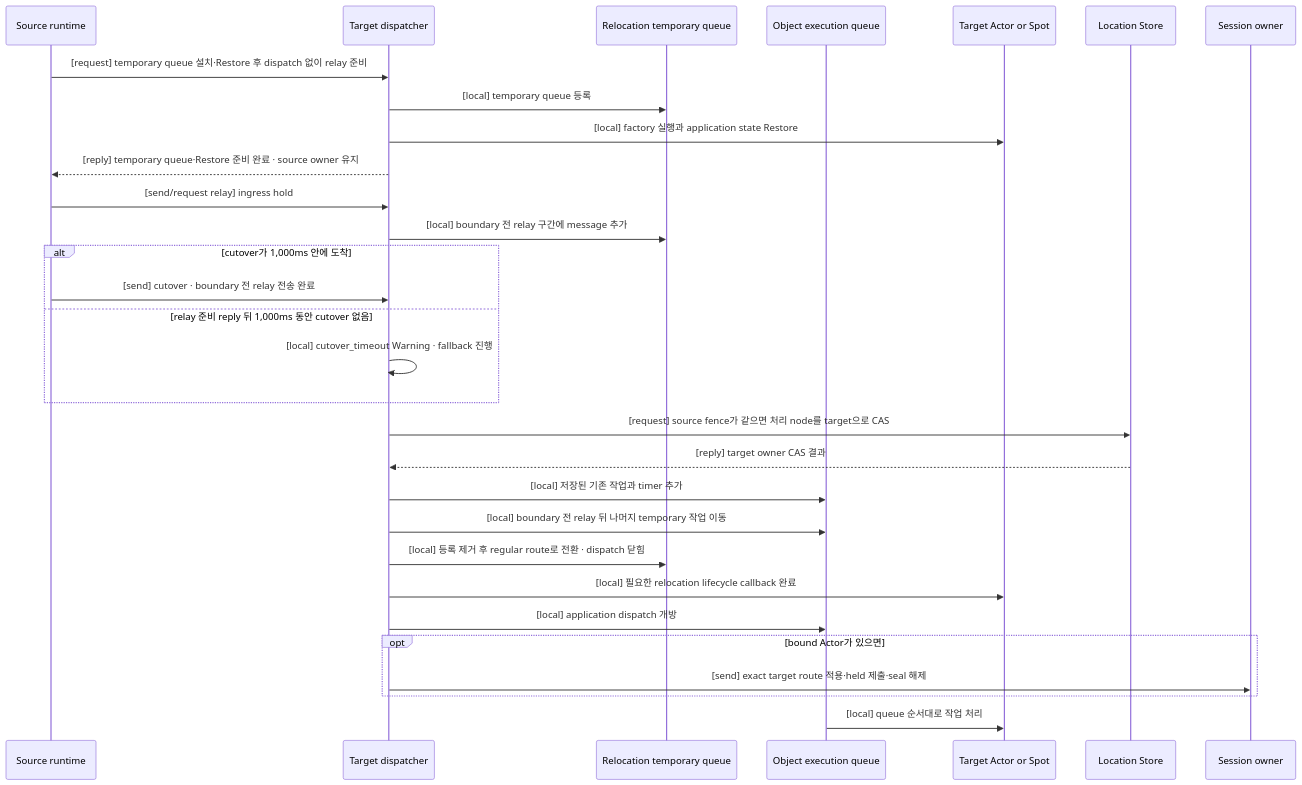
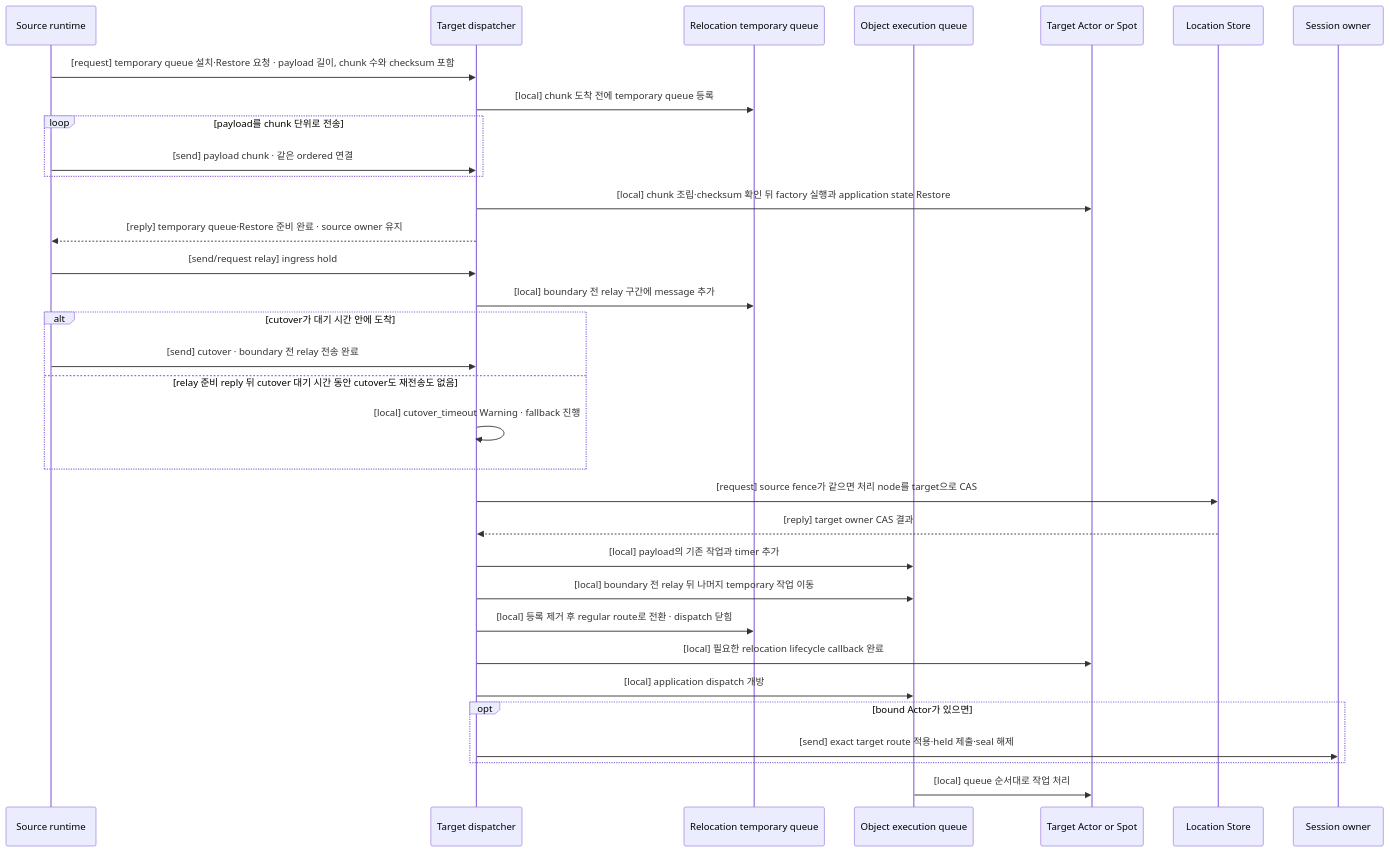
One commit to zlink-systems/zlink changed the fourth of 8 diagrams in framework/doc/framework/common/spec/server/30-host-relocation-flow.ko.md. Above: the diagram before and after it, drawn with Mermaid. The commit also changed other lines of this file and 145 other files, not shown here.

````diff
--- a/framework/doc/framework/common/spec/server/30-host-relocation-flow.ko.md
+++ b/framework/doc/framework/common/spec/server/30-host-relocation-flow.ko.md
@@ -540,33 +605,36 @@
 ```mermaid
 sequenceDiagram
     participant Source as Source runtime
     participant Dispatch as Target dispatcher
     participant TempQueue as Relocation temporary queue
     participant ObjectQueue as Object execution queue
     participant Object as Target Actor or Spot
     participant LocationStore as Location Store
     participant SessionOwner as Session owner
 
-    Source->>Dispatch: [request] temporary queue 설치·Restore 후 dispatch 없이 relay 준비
-    Dispatch->>TempQueue: [local] temporary queue 등록
-    Dispatch->>Object: [local] factory 실행과 application state Restore
+    Source->>Dispatch: [request] temporary queue 설치·Restore 요청 · payload 길이, chunk 수와 checksum 포함
+    Dispatch->>TempQueue: [local] chunk 도착 전에 temporary queue 등록
+    loop payload를 chunk 단위로 전송
+        Source->>Dispatch: [send] payload chunk · 같은 ordered 연결
+    end
+    Dispatch->>Object: [local] chunk 조립·checksum 확인 뒤 factory 실행과 application state Restore
     Dispatch-->>Source: [reply] temporary queue·Restore 준비 완료 · source owner 유지
     Source->>Dispatch: [send/request relay] ingress hold
     Dispatch->>TempQueue: [local] boundary 전 relay 구간에 message 추가
-    alt cutover가 1,000ms 안에 도착
+    alt cutover가 대기 시간 안에 도착
         Source->>Dispatch: [send] cutover · boundary 전 relay 전송 완료
-    else relay 준비 reply 뒤 1,000ms 동안 cutover 없음
+    else relay 준비 reply 뒤 cutover 대기 시간 동안 cutover도 재전송도 없음
         Dispatch->>Dispatch: [local] cutover_timeout Warning · fallback 진행
     end
     Dispatch->>LocationStore: [request] source fence가 같으면 처리 node를 target으로 CAS
     LocationStore-->>Dispatch: [reply] target owner CAS 결과
-    Dispatch->>ObjectQueue: [local] 저장된 기존 작업과 timer 추가
+    Dispatch->>ObjectQueue: [local] payload의 기존 작업과 timer 추가
     Dispatch->>ObjectQueue: [local] boundary 전 relay 뒤 나머지 temporary 작업 이동
     Dispatch->>TempQueue: [local] 등록 제거 후 regular route로 전환 · dispatch 닫힘
     Dispatch->>Object: [local] 필요한 relocation lifecycle callback 완료
     Dispatch->>ObjectQueue: [local] application dispatch 개방
     opt bound Actor가 있으면
         Dispatch->>SessionOwner: [send] exact target route 적용·held 제출·seal 해제
     end
     ObjectQueue->>Object: [local] queue 순서대로 작업 처리
 ```
````
